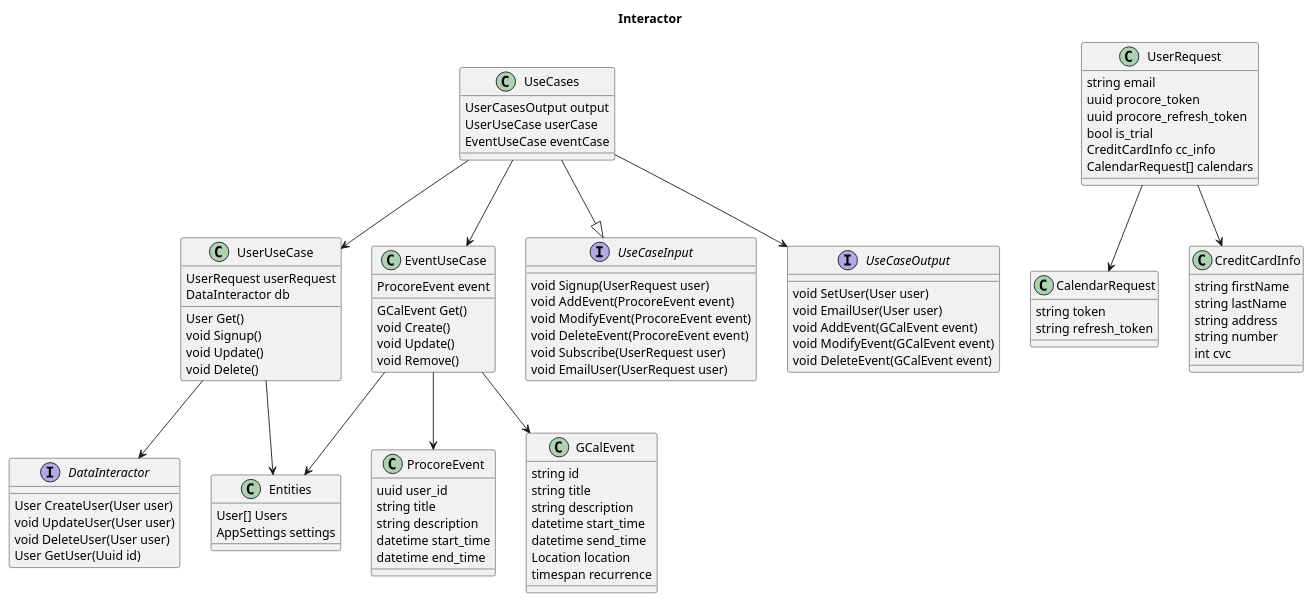
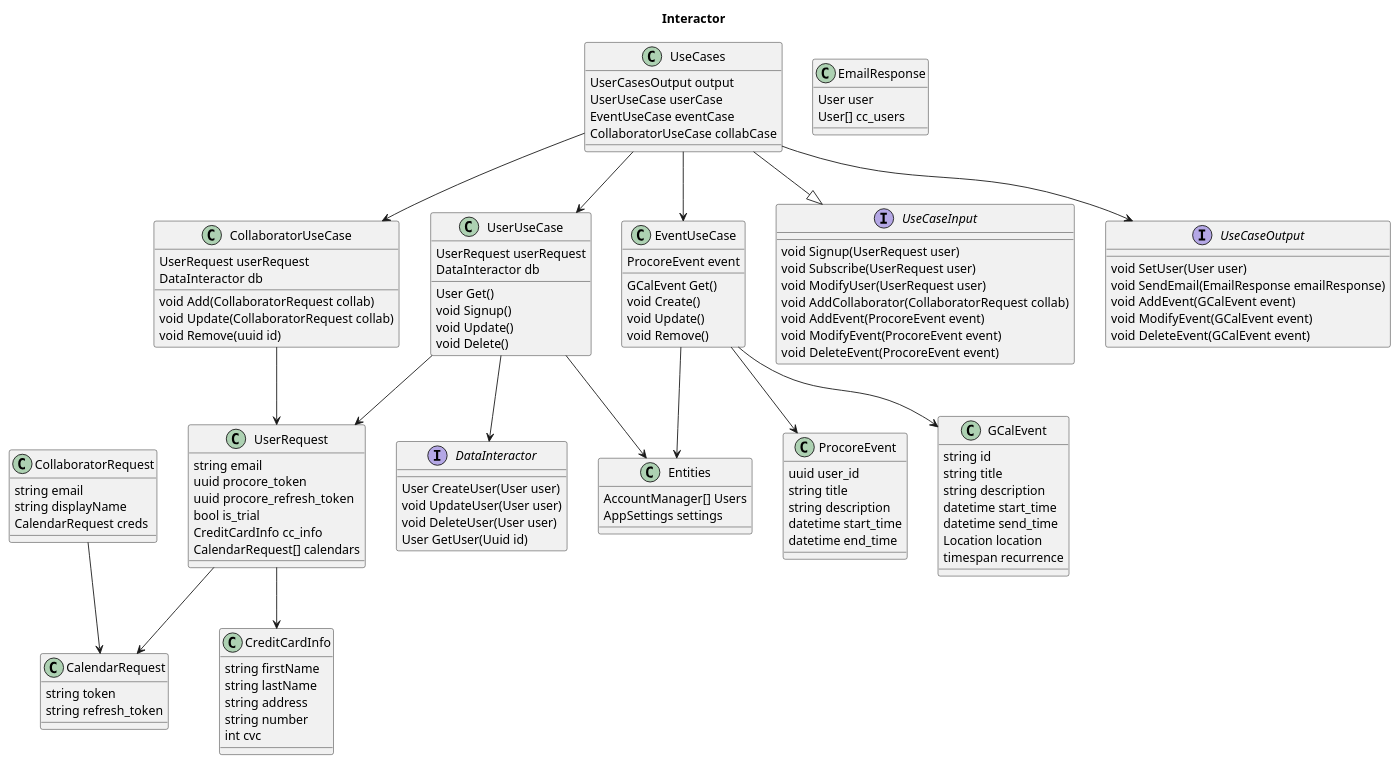
The diagram in diagrams/interactor.wsd (adhurjaty/procore-gcal), drawn with PlantUML before and after one commit. The commit also changed 3 other files, not shown here.

```diff
--- a/diagrams/interactor.wsd
+++ b/diagrams/interactor.wsd
@@ -1,108 +1,134 @@
 @startuml
 title Interactor
 
 class Entities {
-    User[] Users
+    AccountManager[] Users
     AppSettings settings
 }
 
 interface DataInteractor {
     User CreateUser(User user)
     void UpdateUser(User user)
     void DeleteUser(User user)
     User GetUser(Uuid id)
 }
 
 class UserUseCase {
     UserRequest userRequest
     DataInteractor db
     User Get()
     void Signup()
     void Update()
     void Delete()
 }
 
 class EventUseCase {
     ProcoreEvent event
     GCalEvent Get()
     void Create()
     void Update()
     void Remove()
 }
 
+class CollaboratorUseCase {
+    UserRequest userRequest
+    DataInteractor db
+    void Add(CollaboratorRequest collab)
+    void Update(CollaboratorRequest collab)
+    void Remove(uuid id)
+}
+
 interface UseCaseInput {
     void Signup(UserRequest user)
+    void Subscribe(UserRequest user)
+    void ModifyUser(UserRequest user)
+    void AddCollaborator(CollaboratorRequest collab)
     void AddEvent(ProcoreEvent event)
     void ModifyEvent(ProcoreEvent event)
     void DeleteEvent(ProcoreEvent event)
-    void Subscribe(UserRequest user)
-    void EmailUser(UserRequest user)
 }
 
 interface UseCaseOutput {
     void SetUser(User user)
-    void EmailUser(User user)
+    void SendEmail(EmailResponse emailResponse)
     void AddEvent(GCalEvent event)
     void ModifyEvent(GCalEvent event)
     void DeleteEvent(GCalEvent event)
 }
 
 class CalendarRequest {
     string token
     string refresh_token
 }
 
 class CreditCardInfo {
     string firstName
     string lastName
     string address
     string number
     int cvc
 }
 
 class UserRequest {
     string email
     uuid procore_token
     uuid procore_refresh_token
     bool is_trial
     CreditCardInfo cc_info
     CalendarRequest[] calendars
 }
 
+class CollaboratorRequest {
+    string email
+    string displayName
+    CalendarRequest creds
+}
+
 class ProcoreEvent {
     uuid user_id
     string title
     string description
     datetime start_time
     datetime end_time
 }
 
 class GCalEvent {
     string id
     string title
     string description
     datetime start_time
     datetime send_time
     Location location
     timespan recurrence
 }
 
+class EmailResponse {
+    User user
+    User[] cc_users
+    
+}
+
 class UseCases {
     UserCasesOutput output
     UserUseCase userCase
     EventUseCase eventCase
+    CollaboratorUseCase collabCase
 }
 
 UseCases --|> UseCaseInput
 UseCases --> UseCaseOutput
 EventUseCase --> ProcoreEvent
 EventUseCase --> GCalEvent
 UserRequest --> CreditCardInfo
 UseCases --> EventUseCase
 UseCases --> UserUseCase
 UserRequest --> CalendarRequest
 UserUseCase --> DataInteractor
 UserUseCase --> Entities
 EventUseCase --> Entities
+CollaboratorRequest --> CalendarRequest
+UserUseCase --> UserRequest
+CollaboratorUseCase --> UserRequest
+UseCases --> CollaboratorUseCase
 
 @enduml
```
